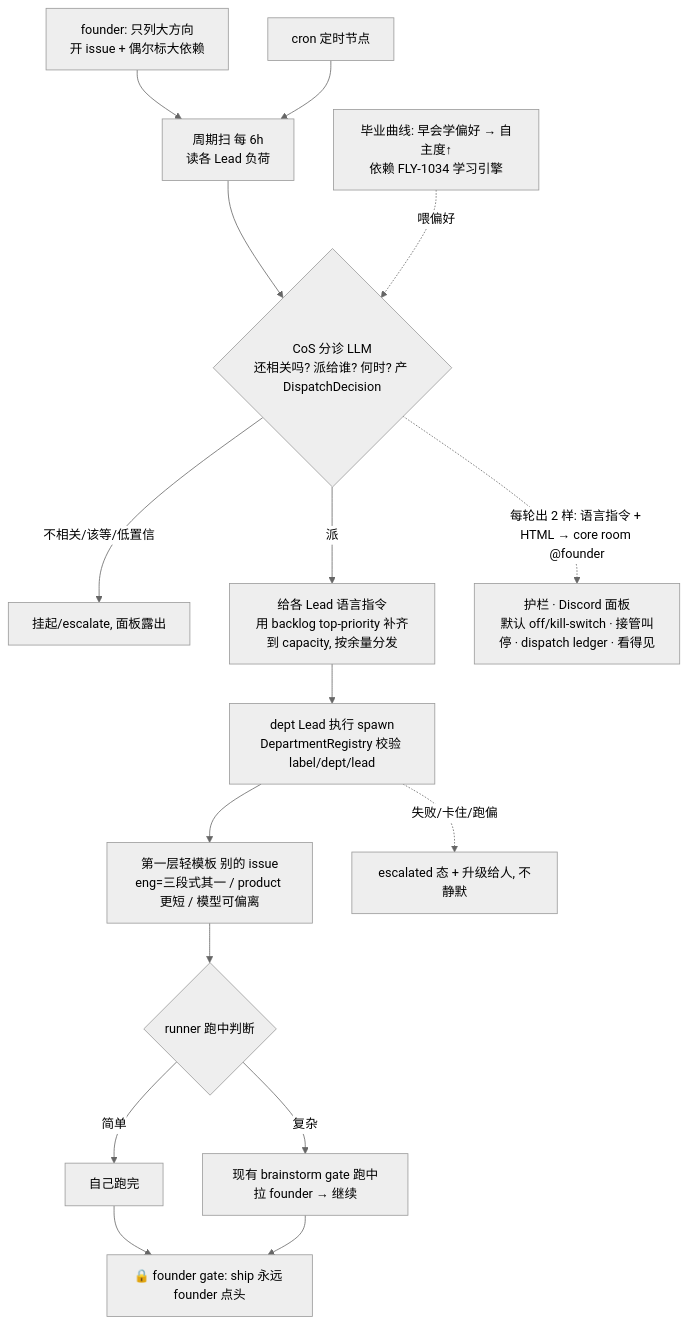
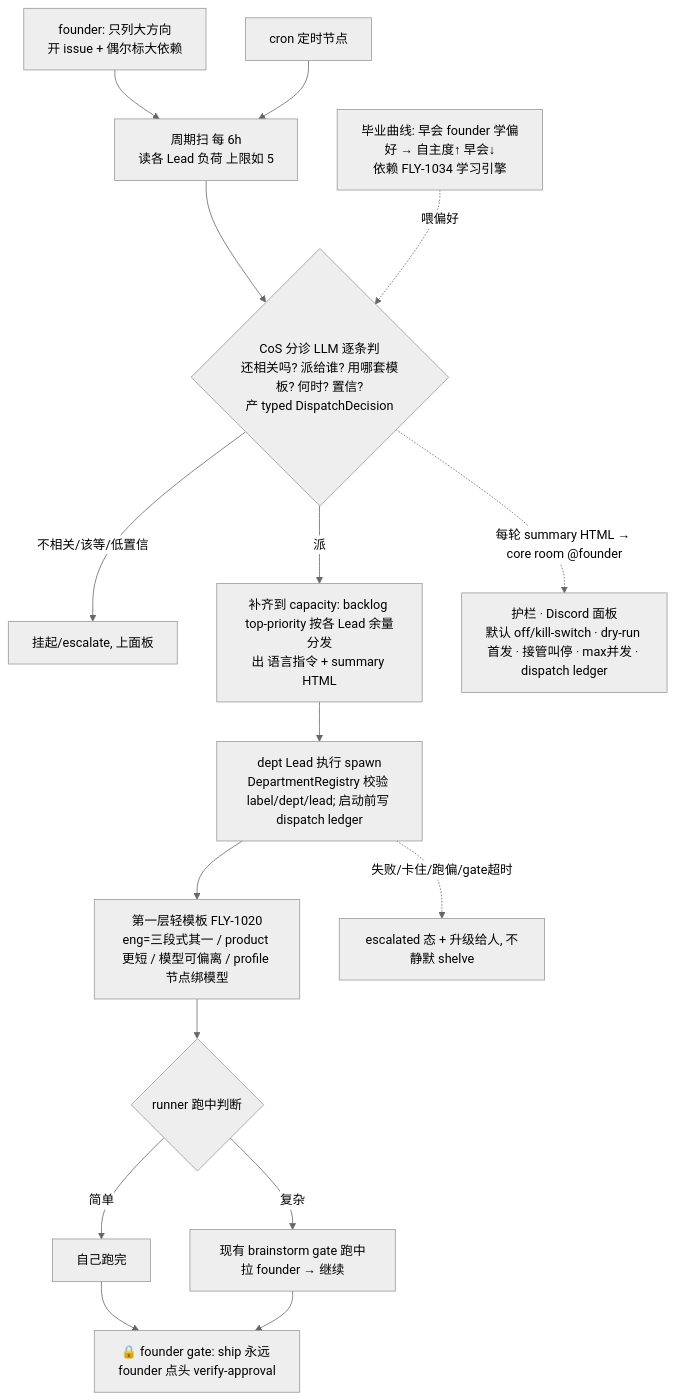
One commit to xrliAnnie/flywheel-qa-sandbox changed the diagram in engineering/doc/FLY-353-dag-orchestration/prd.md. Above: the diagram before and after it, drawn with Mermaid (neutral theme). The commit also changed other lines of this file, not shown here.

First line of the commit message:
docs(FLY-353): PRD rewritten to DETAILED version (per Lead e39aea63 / 1005 red-line)

````diff
--- a/engineering/doc/FLY-353-dag-orchestration/prd.md
+++ b/engineering/doc/FLY-353-dag-orchestration/prd.md
@@ -186,18 +334,18 @@
 ```mermaid
 flowchart TD
-    A[founder: 只列大方向<br/>开 issue + 偶尔标大依赖] --> P[周期扫 每 6h<br/>读各 Lead 负荷]
+    A[founder: 只列大方向<br/>开 issue + 偶尔标大依赖] --> P[周期扫 每 6h<br/>读各 Lead 负荷 上限如 5]
     CR[cron 定时节点] --> P
-    P --> C{CoS 分诊 LLM<br/>还相关吗? 派给谁? 何时? 产 DispatchDecision}
-    C -->|不相关/该等/低置信| Z[挂起/escalate, 面板露出]
-    C -->|派| D[给各 Lead 语言指令<br/>用 backlog top-priority 补齐到 capacity, 按余量分发]
-    D --> E[dept Lead 执行 spawn<br/>DepartmentRegistry 校验 label/dept/lead]
-    E --> F[第一层轻模板 别的 issue<br/>eng=三段式其一 / product 更短 / 模型可偏离]
+    P --> C{CoS 分诊 LLM 逐条判<br/>还相关吗? 派给谁? 用哪套模板? 何时? 置信?<br/>产 typed DispatchDecision}
+    C -->|不相关/该等/低置信| Z[挂起/escalate, 上面板]
+    C -->|派| D[补齐到 capacity: backlog top-priority 按各 Lead 余量分发<br/>出 语言指令 + summary HTML]
+    D --> E[dept Lead 执行 spawn<br/>DepartmentRegistry 校验 label/dept/lead; 启动前写 dispatch ledger]
+    E --> F[第一层轻模板 FLY-1020<br/>eng=三段式其一 / product 更短 / 模型可偏离 / profile 节点绑模型]
     F --> G{runner 跑中判断}
     G -->|简单| H[自己跑完]
     G -->|复杂| I[现有 brainstorm gate 跑中拉 founder → 继续]
-    H --> J[🔒 founder gate: ship 永远 founder 点头]
+    H --> J[🔒 founder gate: ship 永远 founder 点头 verify-approval]
     I --> J
-    E -.失败/卡住/跑偏.-> K[escalated 态 + 升级给人, 不静默]
-    C -.每轮出 2 样: 语言指令 + HTML → core room @founder.-> PANEL[护栏 · Discord 面板<br/>默认 off/kill-switch · 接管叫停 · dispatch ledger · 看得见]
-    LC[毕业曲线: 早会学偏好 → 自主度↑<br/>依赖 FLY-1034 学习引擎] -.喂偏好.-> C
+    E -.失败/卡住/跑偏/gate超时.-> K[escalated 态 + 升级给人, 不静默 shelve]
+    C -.每轮 summary HTML → core room @founder.-> PANEL[护栏 · Discord 面板<br/>默认 off/kill-switch · dry-run 首发 · 接管叫停 · max并发 · dispatch ledger]
+    LC[毕业曲线: 早会 founder 学偏好 → 自主度↑ 早会↓<br/>依赖 FLY-1034 学习引擎] -.喂偏好.-> C
 ```
````
